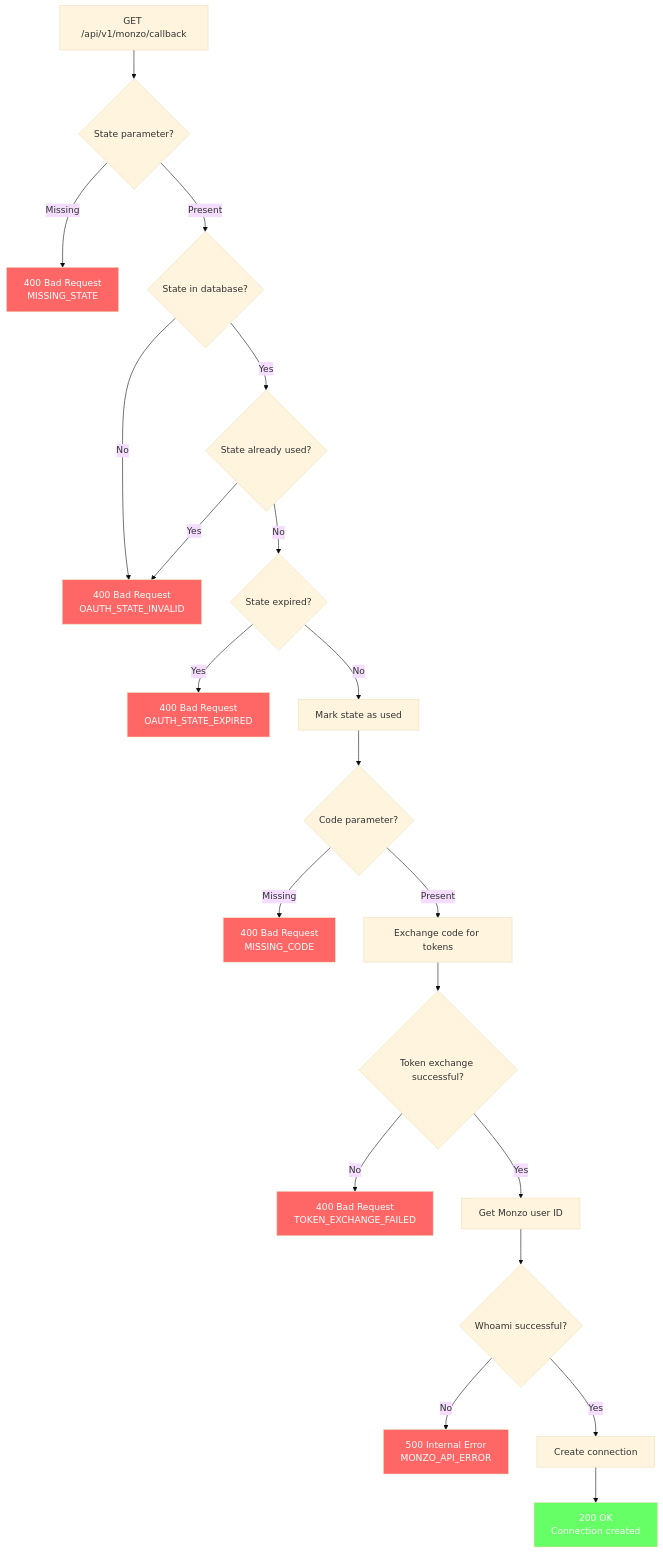
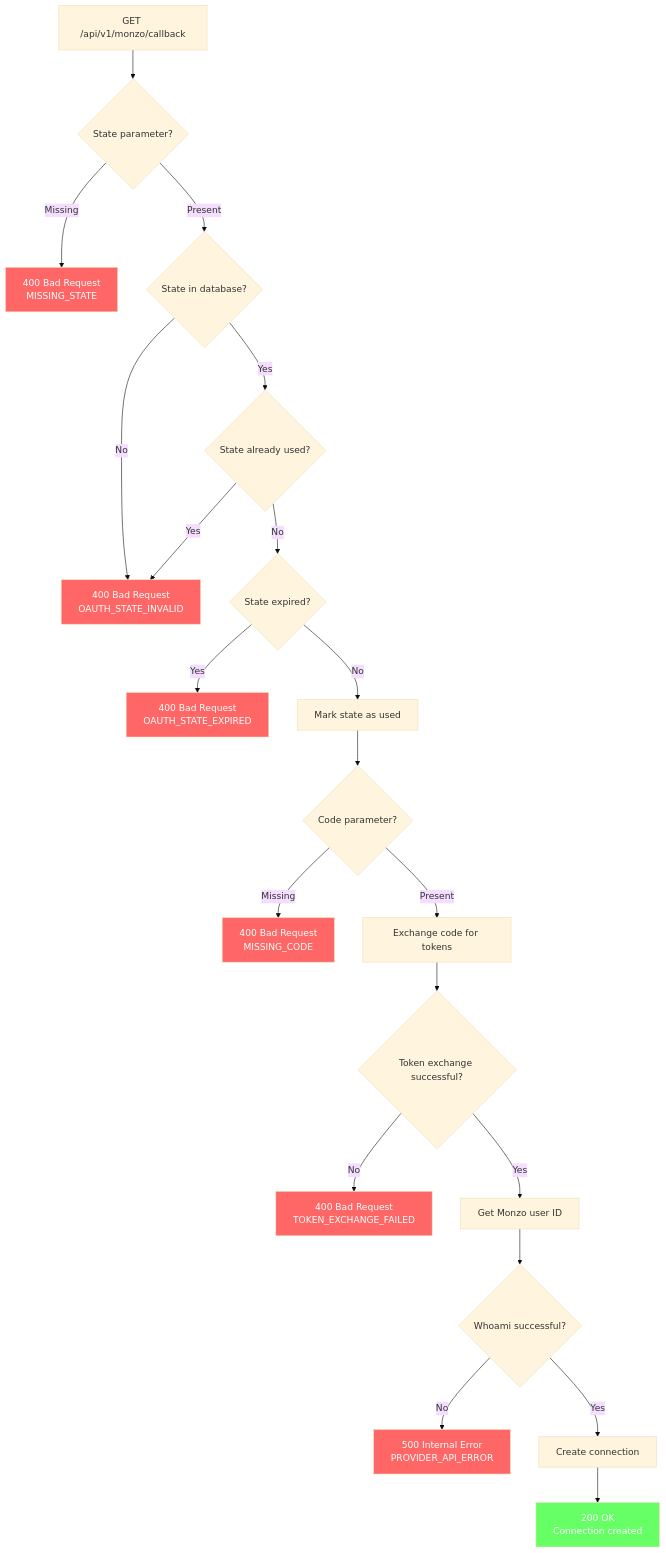
One commit to alexandermfisher/budgeteer changed the fifth of 15 diagrams in docs/diagrams/monzo-oauth-flow.md. Above: the diagram before and after it, drawn with Mermaid (base theme). The commit also changed other lines of this file and 105 other files, not shown here.

````diff
--- a/docs/diagrams/monzo-oauth-flow.md
+++ b/docs/diagrams/monzo-oauth-flow.md
@@ -184,30 +184,30 @@
 ```mermaid
 flowchart TD
     A[GET /api/v1/monzo/callback] --> B{State parameter?}
     B -->|Missing| C[400 Bad Request<br/>MISSING_STATE]
     B -->|Present| D{State in database?}
     D -->|No| E[400 Bad Request<br/>OAUTH_STATE_INVALID]
     D -->|Yes| F{State already used?}
     F -->|Yes| E
     F -->|No| G{State expired?}
     G -->|Yes| H[400 Bad Request<br/>OAUTH_STATE_EXPIRED]
     G -->|No| I[Mark state as used]
     I --> J{Code parameter?}
     J -->|Missing| K[400 Bad Request<br/>MISSING_CODE]
     J -->|Present| L[Exchange code for tokens]
     L --> M{Token exchange successful?}
     M -->|No| N[400 Bad Request<br/>TOKEN_EXCHANGE_FAILED]
     M -->|Yes| O[Get Monzo user ID]
     O --> P{Whoami successful?}
-    P -->|No| Q[500 Internal Error<br/>MONZO_API_ERROR]
+    P -->|No| Q[500 Internal Error<br/>PROVIDER_API_ERROR]
     P -->|Yes| R[Create connection]
     R --> S[200 OK<br/>Connection created]
     
     style C fill:#f66,color:#fff
     style E fill:#f66,color:#fff
     style H fill:#f66,color:#fff
     style K fill:#f66,color:#fff
     style N fill:#f66,color:#fff
     style Q fill:#f66,color:#fff
     style S fill:#6f6,color:#fff
 ```
````
